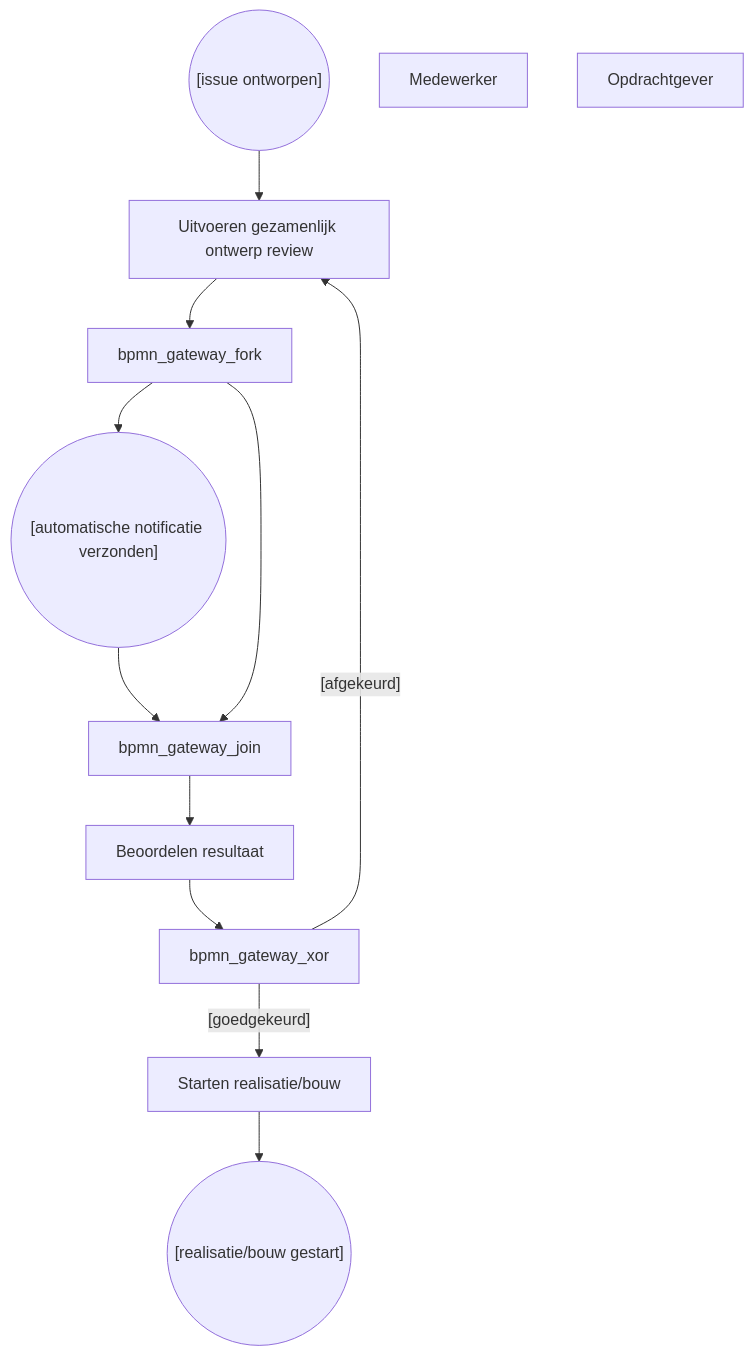
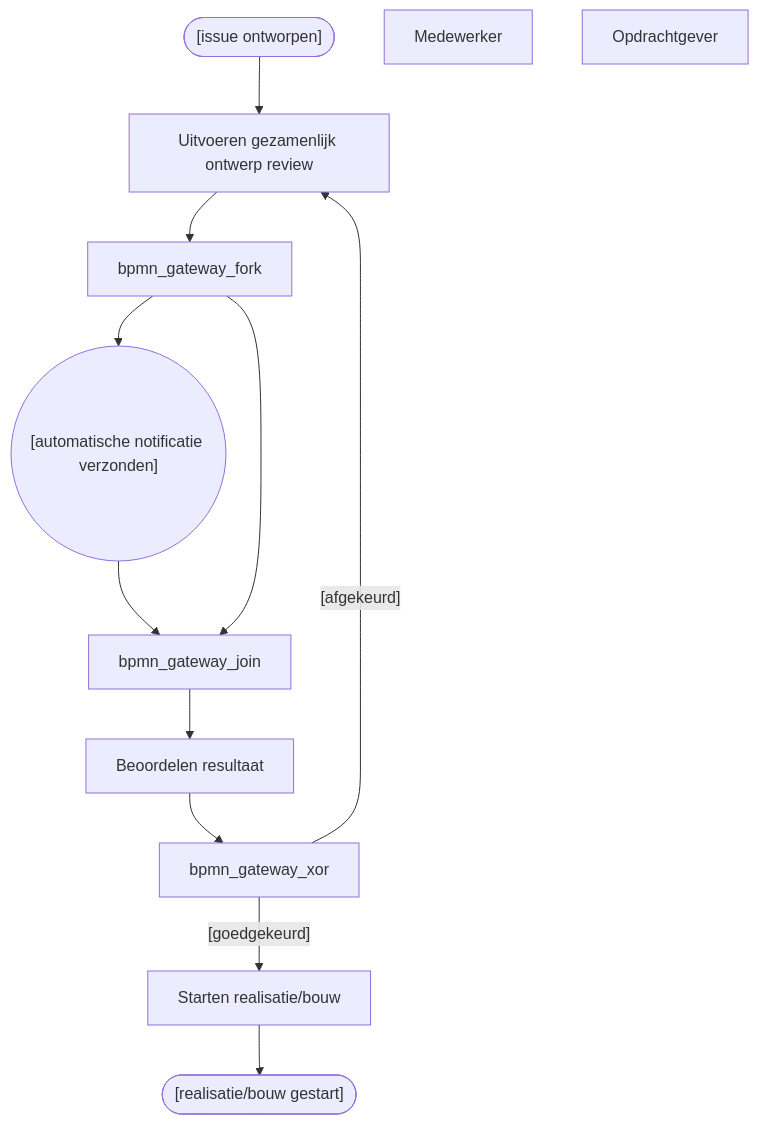
Before and after one commit to Zaibatsu89/IssueTracker: the diagram in 6 Issue Tracker review ontwerp.mermaid, drawn with Mermaid. The commit also changed 12 other files, not shown here.

Commit message:
Added support for both BPMN and standard flowchart shapes

```diff
--- a/6 Issue Tracker review ontwerp.mermaid
+++ b/6 Issue Tracker review ontwerp.mermaid
@@ -1,19 +1,19 @@
-graph TD
-    bpmn_start_event(("[issue ontworpen]"))
+flowchart TD
+    bpmn_start_event(["[issue ontworpen]"])
     bpmn_task_intake["Uitvoeren gezamenlijk ontwerp review"]
     bpmn_event_notification(("[automatische notificatie verzonden]"))
     bpmn_task_beoordeling["Beoordelen resultaat"]
     bpmn_task_analyse["Starten realisatie/bouw"]
-    bpmn_end_event(("[realisatie/bouw gestart]"))
+    bpmn_end_event(["[realisatie/bouw gestart]"])
     mIc6XLMKuAxiAPNymMe0-20["Medewerker"]
     mIc6XLMKuAxiAPNymMe0-21["Opdrachtgever"]
     bpmn_gateway_xor -->|"[goedgekeurd]"| bpmn_task_analyse
     bpmn_gateway_xor -->|"[afgekeurd]"| bpmn_task_intake
     bpmn_start_event --> bpmn_task_intake
     bpmn_task_intake --> bpmn_gateway_fork
     bpmn_gateway_fork --> bpmn_event_notification
     bpmn_event_notification --> bpmn_gateway_join
     bpmn_gateway_fork --> bpmn_gateway_join
     bpmn_gateway_join --> bpmn_task_beoordeling
     bpmn_task_beoordeling --> bpmn_gateway_xor
     bpmn_task_analyse --> bpmn_end_event
```
